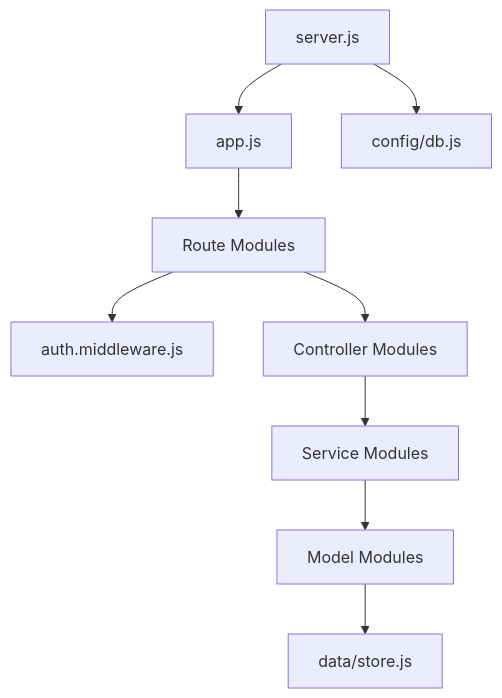
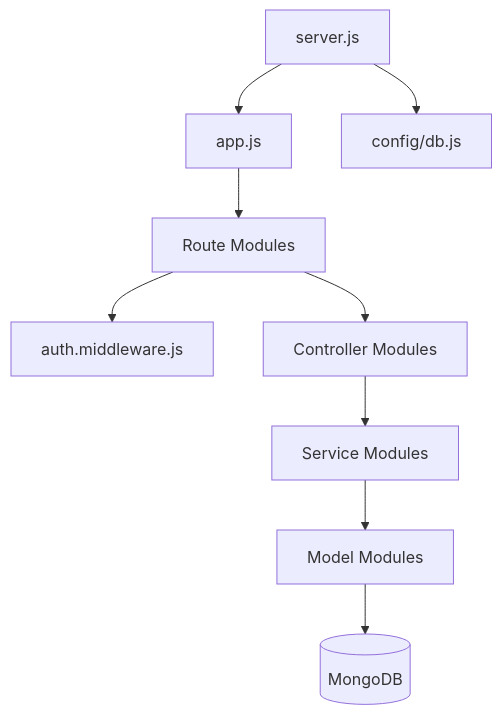
The sixth of 21 diagrams in docs/SYSTEM_REPORT.md (datphan3201/room-rental-management-software), drawn with Mermaid before and after one commit. The commit also changed other lines of this file and 33 other files, not shown here.

````diff
--- a/docs/SYSTEM_REPORT.md
+++ b/docs/SYSTEM_REPORT.md
@@ -481,22 +481,22 @@
 ```mermaid
 flowchart TB
   Server[server.js]
   App[app.js]
   Config[config/db.js]
 
   Routes[Route Modules]
   Middleware[auth.middleware.js]
   Controllers[Controller Modules]
   Services[Service Modules]
   Models[Model Modules]
-  Store[data/store.js]
+  MongoDB[(MongoDB)]
 
   Server --> Config
   Server --> App
   App --> Routes
   Routes --> Middleware
   Routes --> Controllers
   Controllers --> Services
   Services --> Models
-  Models --> Store
+  Models --> MongoDB
 ```
````
